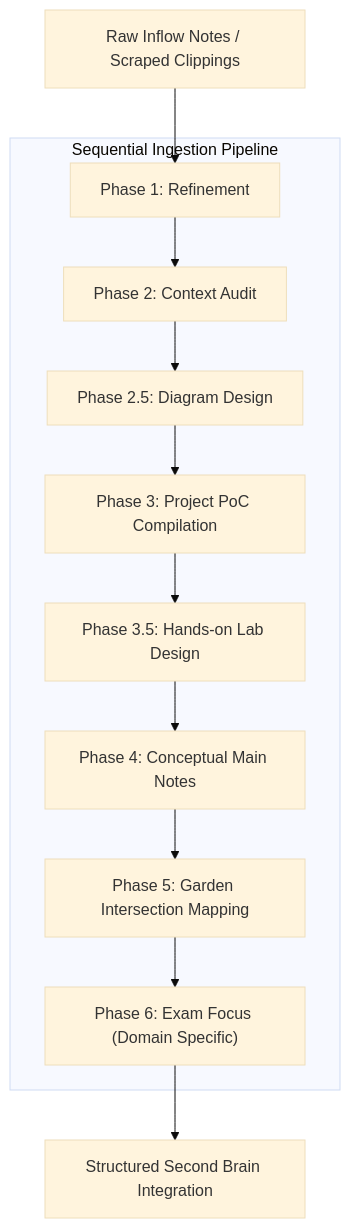
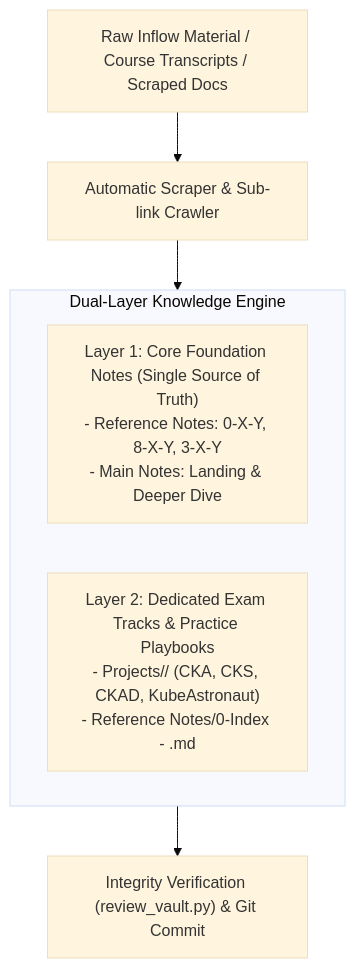
The diagram in workflow.md (kmashour/BrainDump), drawn with Mermaid (base theme) before and after one commit. The commit also changed other lines of this file and 1 other file, not shown here.

Commit message:
docs: update ingestion workflow and Agent rules for dual-layer continuous enrichment across all tech domains

````diff
--- a/workflow.md
+++ b/workflow.md
@@ -14,16 +13,12 @@
 ```mermaid
 flowchart TD
-    Inflow["Raw Inflow Notes / Scraped Clippings"] --> P1["Phase 1: Refinement"]
+    Inflow["Raw Inflow Material / Course Transcripts / Scraped Docs"] --> Scraper["Automatic Scraper & Sub-link Crawler"]
+    Scraper --> DualPipeline["Dual-Layer Enrichment Pipeline"]
     
-    subgraph Pipeline ["Sequential Ingestion Pipeline"]
-        P1 --> P2["Phase 2: Context Audit"]
-        P2 --> P25["Phase 2.5: Diagram Design"]
-        P25 --> P3["Phase 3: Project PoC Compilation"]
-        P3 --> P35["Phase 3.5: Hands-on Lab Design"]
-        P35 --> P4["Phase 4: Conceptual Main Notes"]
-        P4 --> P5["Phase 5: Garden Intersection Mapping"]
-        P5 --> P6["Phase 6: Exam Focus (Domain Specific)"]
+    subgraph DualPipeline ["Dual-Layer Knowledge Engine"]
+        L1["Layer 1: Core Foundation Notes (Single Source of Truth)\n- Reference Notes: 0-X-Y, 8-X-Y, 3-X-Y\n- Main Notes: Landing & Deeper Dive"]
+        L2["Layer 2: Dedicated Exam Tracks & Practice Playbooks\n- Projects/<CERT>/ (CKA, CKS, CKAD, KubeAstronaut)\n- Reference Notes/0-Index - <CERT>.md"]
     end
-    
-    P6 --> Completed["Structured Second Brain Integration"]
+
+    DualPipeline --> Sync["Integrity Verification (review_vault.py) & Git Commit"]
 ```
````
